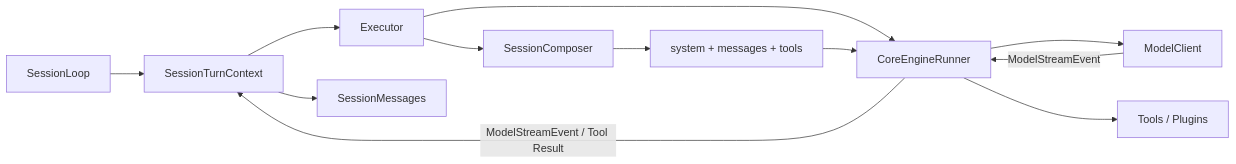
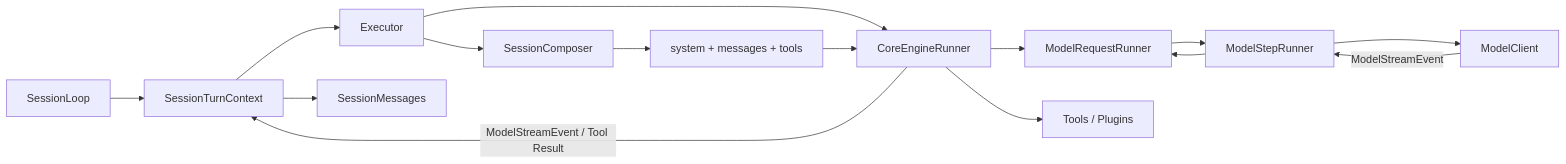
The diagram in packages/agent/src/executor/README.md (genesiscosmos/downcity), drawn with Mermaid before and after one commit. The commit also changed other lines of this file and 33 other files, not shown here.

Commit message:
feat(agent): unify model request retries and warning mutations

````diff
--- a/packages/agent/src/executor/README.md
+++ b/packages/agent/src/executor/README.md
@@ -18,14 +19,17 @@
 ```mermaid
 flowchart LR
     Loop["SessionLoop"] --> Context["SessionTurnContext"]
     Context --> Executor
     Executor --> Composer["SessionComposer"]
     Composer --> Input["system + messages + tools"]
     Executor --> Engine["CoreEngineRunner"]
     Input --> Engine
-    Engine --> Model["ModelClient"]
+    Engine --> Request["ModelRequestRunner"]
+    Request --> Step["ModelStepRunner"]
+    Step --> Model["ModelClient"]
     Engine --> Tools["Tools / Plugins"]
-    Model -->|"ModelStreamEvent"| Engine
+    Model -->|"ModelStreamEvent"| Step
+    Step --> Request
     Engine -->|"ModelStreamEvent / Tool Result"| Context
     Context --> Messages["SessionMessages"]
 ```
````
